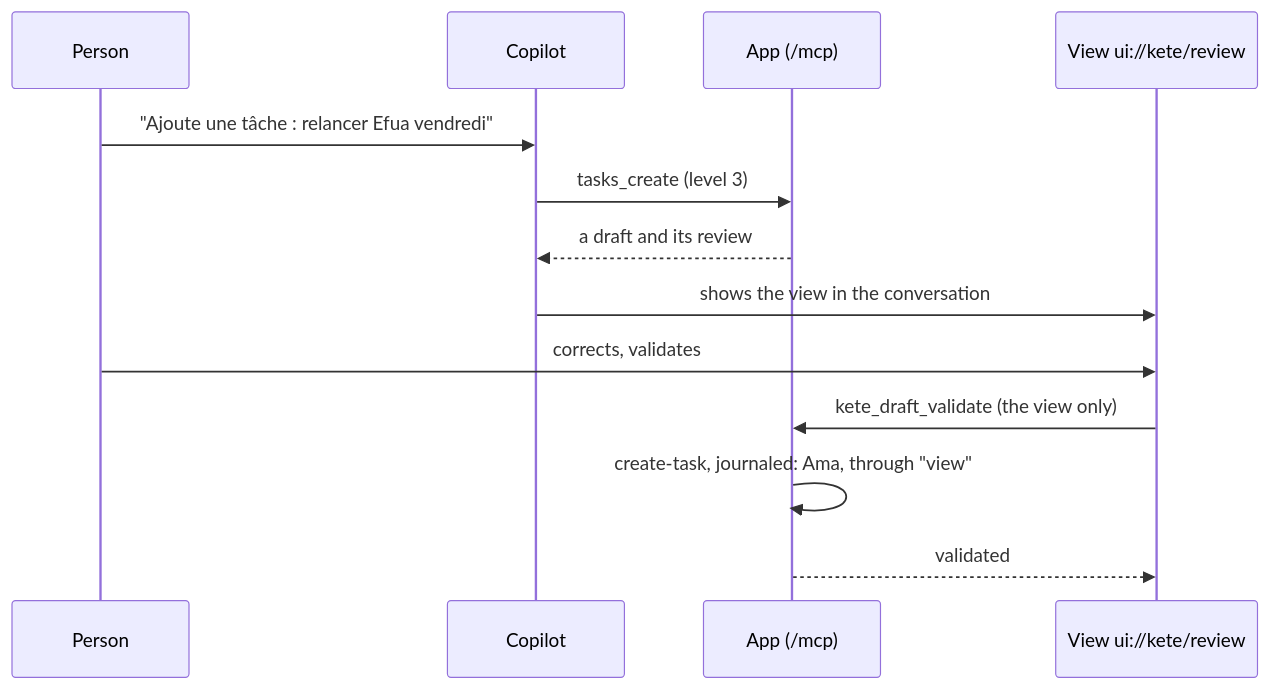
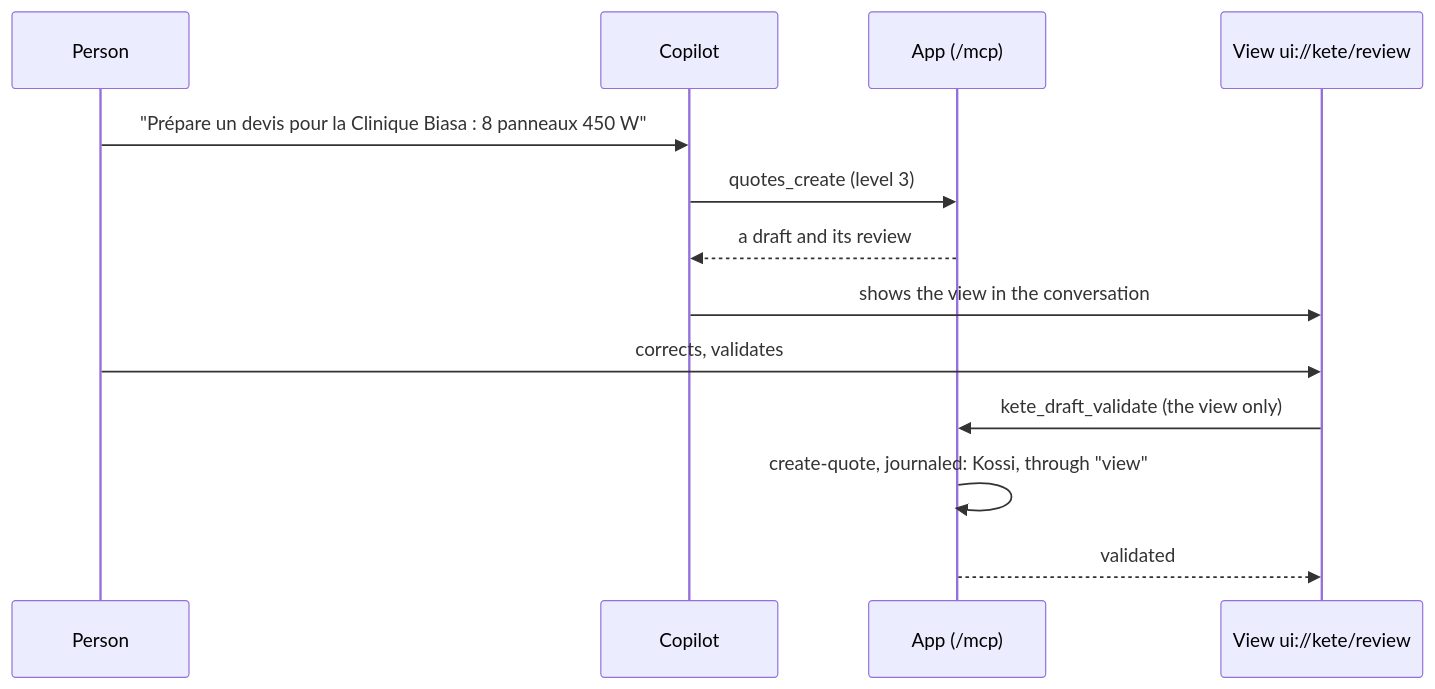
The diagram in docs/flows/draft-validated.md (kete-africa/kete-finance), drawn with Mermaid before and after one commit. The commit also changed 79 other files, not shown here.

First line of the commit message:
feat(sales): quotes with their cost, invoices without a gap, money received, a won quote's project (spec 001, step G1)

````diff
--- a/docs/flows/draft-validated.md
+++ b/docs/flows/draft-validated.md
@@ -3,15 +3,15 @@
 ```mermaid
 sequenceDiagram
   participant P as Person
   participant C as Copilot
   participant A as App (/mcp)
   participant V as View ui://kete/review
-  P->>C: "Ajoute une tâche : relancer Efua vendredi"
-  C->>A: tasks_create (level 3)
+  P->>C: "Prépare un devis pour la Clinique Biasa : 8 panneaux 450 W"
+  C->>A: quotes_create (level 3)
   A-->>C: a draft and its review
   C->>V: shows the view in the conversation
   P->>V: corrects, validates
   V->>A: kete_draft_validate (the view only)
-  A->>A: create-task, journaled: Ama, through "view"
+  A->>A: create-quote, journaled: Kossi, through "view"
   A-->>V: validated
 ```
````
